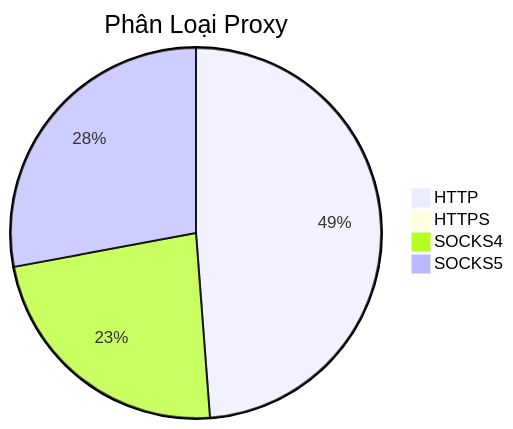
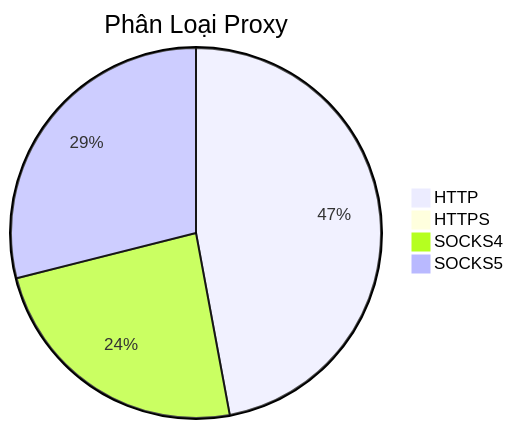
Before and after one commit to Ciara-12/PROXY-free: the diagram in README.md, drawn with Mermaid. The commit also changed other lines of this file and 4 other files, not shown here.

````diff
--- a/README.md
+++ b/README.md
@@ -26,7 +26,7 @@
 ```mermaid
 pie title Phân Loại Proxy
-    "HTTP" : 587
-    "HTTPS" : 0
-    "SOCKS4" : 280
-    "SOCKS5" : 336
+    "HTTP" : 524
+    "HTTPS" : 2
+    "SOCKS4" : 267
+    "SOCKS5" : 322
 ```
````
